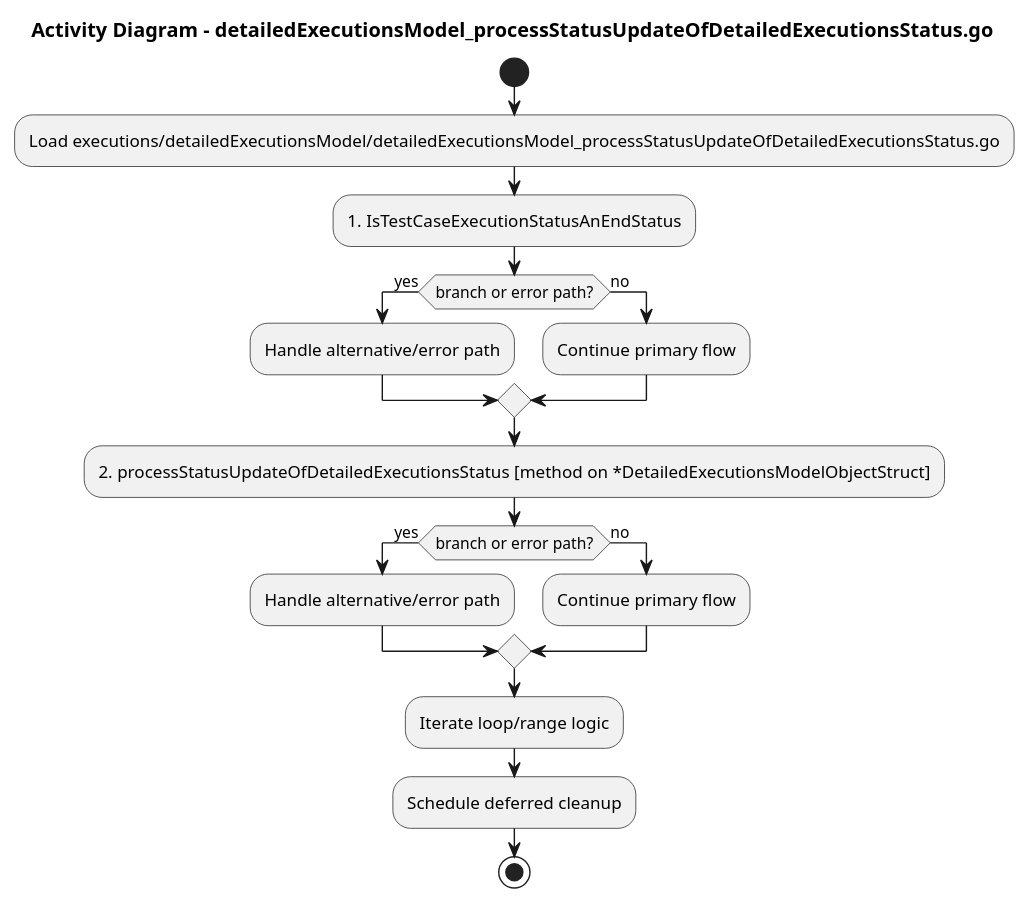
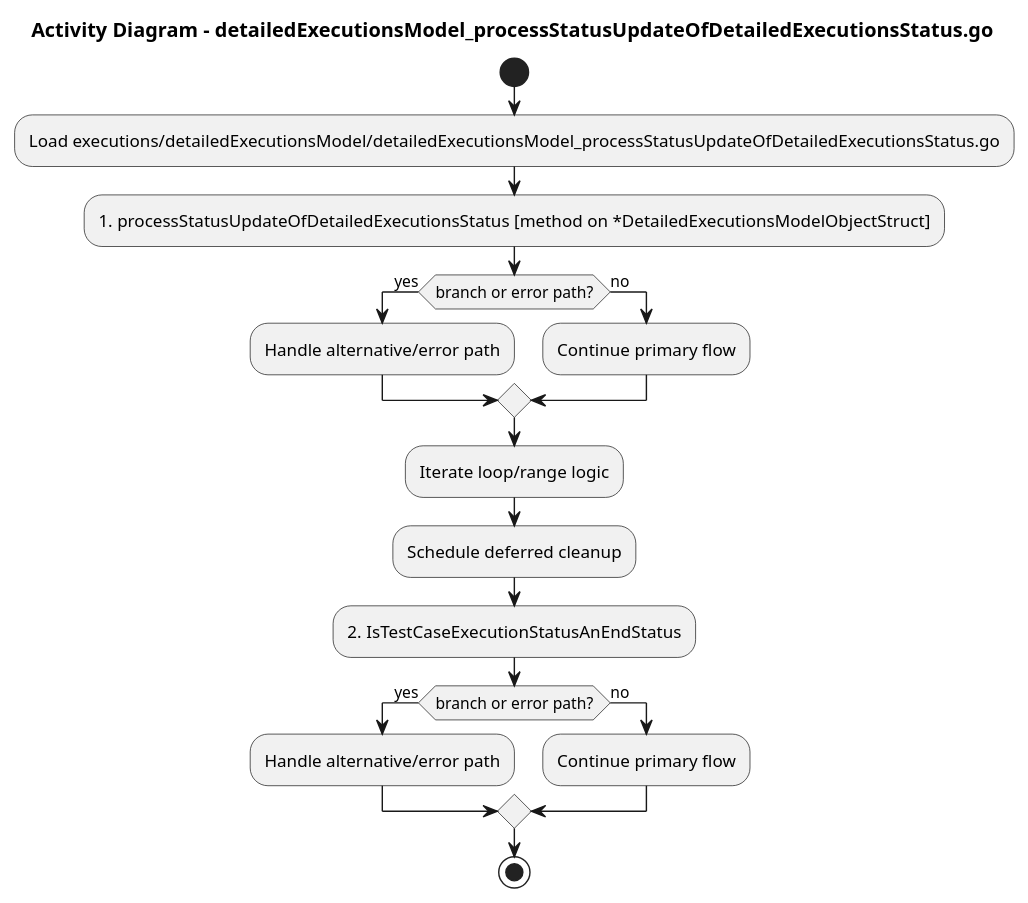
The diagram in executions/detailedExecutionsModel/docs/detailedExecutionsModel_processStatusUpdateOfDetailedExecutionsStatus_activity.puml (jlambert68/FenixTesterGui), drawn with PlantUML before and after one commit. The commit also changed 707 other files, not shown here.

Commit message:
Added md-files, activity-diagrams and sequence-diagrams for all go-files, v3

```diff
--- a/executions/detailedExecutionsModel/docs/detailedExecutionsModel_processStatusUpdateOfDetailedExecutionsStatus_activity.puml
+++ b/executions/detailedExecutionsModel/docs/detailedExecutionsModel_processStatusUpdateOfDetailedExecutionsStatus_activity.puml
@@ -1,20 +1,20 @@
 @startuml
 title Activity Diagram - detailedExecutionsModel_processStatusUpdateOfDetailedExecutionsStatus.go
 start
 :Load executions/detailedExecutionsModel/detailedExecutionsModel_processStatusUpdateOfDetailedExecutionsStatus.go;
-:1. IsTestCaseExecutionStatusAnEndStatus;
-if (branch or error path?) then (yes)
-:Handle alternative/error path;
-else (no)
-:Continue primary flow;
-endif
-:2. processStatusUpdateOfDetailedExecutionsStatus [method on *DetailedExecutionsModelObjectStruct];
+:1. processStatusUpdateOfDetailedExecutionsStatus [method on *DetailedExecutionsModelObjectStruct];
 if (branch or error path?) then (yes)
 :Handle alternative/error path;
 else (no)
 :Continue primary flow;
 endif
 :Iterate loop/range logic;
 :Schedule deferred cleanup;
+:2. IsTestCaseExecutionStatusAnEndStatus;
+if (branch or error path?) then (yes)
+:Handle alternative/error path;
+else (no)
+:Continue primary flow;
+endif
 stop
 @enduml
```
